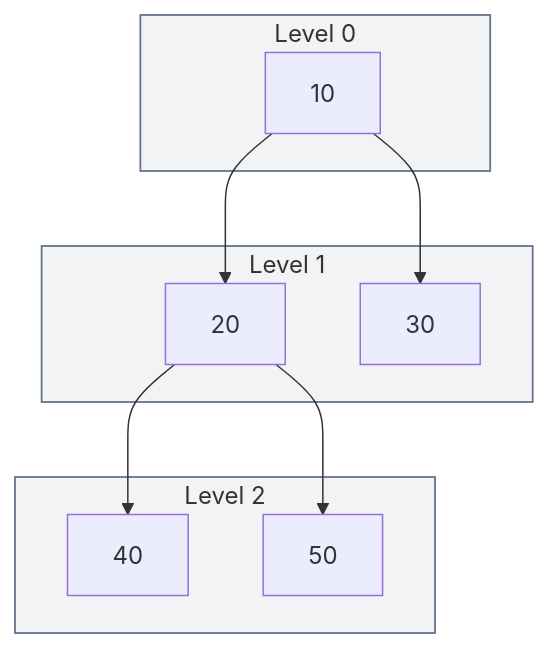
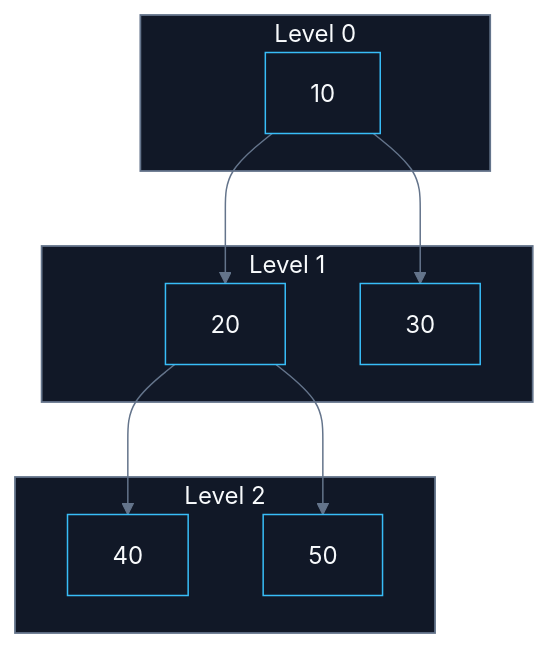
The fifth of 5 diagrams in CS/DSA/07. Trees & BSTs/02. Binary Tree Traversals.md (abhinavbharti2345/CS_Notes), drawn with Mermaid before and after one commit. The commit also changed other lines of this file and 195 other files, not shown here.

````diff
--- a/CS/DSA/07. Trees & BSTs/02. Binary Tree Traversals.md
+++ b/CS/DSA/07. Trees & BSTs/02. Binary Tree Traversals.md
@@ -438,22 +442,23 @@
 ```mermaid
+%%{init: {'theme': 'base', 'themeVariables': { 'darkMode': true, 'background': '#0B0F14', 'mainBkg': '#111827', 'primaryColor': '#111827', 'primaryTextColor': '#F8FAFC', 'primaryBorderColor': '#38BDF8', 'lineColor': '#64748B', 'secondaryColor': '#0B0F14', 'tertiaryColor': '#0B0F14', 'clusterBkg': '#0B0F14', 'clusterBorder': '#38BDF8' }}}%%
 flowchart TD
     subgraph L0 ["Level 0"]
         N10["10"]
     end
     subgraph L1 ["Level 1"]
         N20["20"]
         N30["30"]
     end
     subgraph L2 ["Level 2"]
         N40["40"]
         N50["50"]
     end
 
     N10 --> N20
     N10 --> N30
     N20 --> N40
     N20 --> N50
 
-    classDef level fill:#64748b15,stroke:#64748b,stroke-width:1.2px;
+    classDef level fill:#111827,stroke:#64748b,stroke-width:1.2px,color:#F8FAFC;
     class L0,L1,L2 level;
 ```
````
